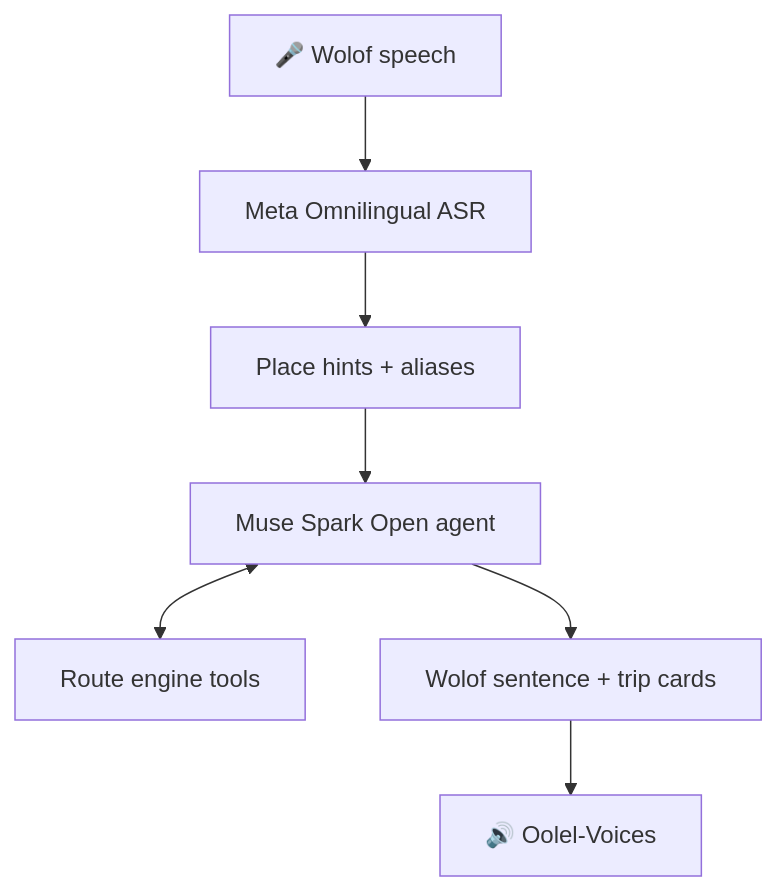
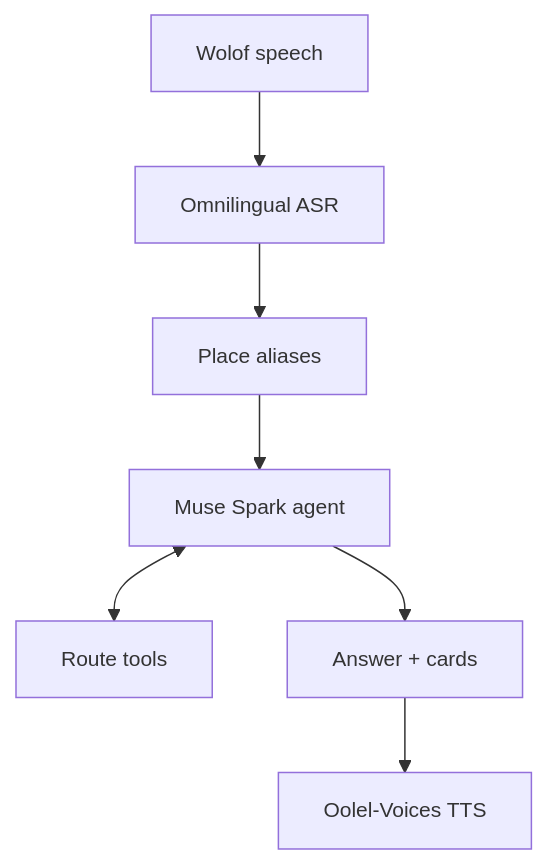
Before and after one commit to chniang/koumba: the diagram in README.md, drawn with Mermaid.

Commit message:
README: fix cut diagram labels

````diff
--- a/README.md
+++ b/README.md
@@ -87,6 +87,7 @@
 ```mermaid
+%%{init: {"flowchart": {"htmlLabels": false, "useMaxWidth": true}, "themeVariables": {"fontSize": "14px"}}}%%
 flowchart TD
-  A[🎤 Wolof speech] --> B[Meta Omnilingual ASR] --> C[Place hints + aliases] --> D[Muse Spark Open agent]
-  D <--> E[Route engine tools]
-  D --> F[Wolof sentence + trip cards] --> G[🔊 Oolel-Voices]
+  A[Wolof speech] --> B[Omnilingual ASR] --> C[Place aliases] --> D[Muse Spark agent]
+  D <--> E[Route tools]
+  D --> F[Answer + cards] --> G[Oolel-Voices TTS]
 ```
````
